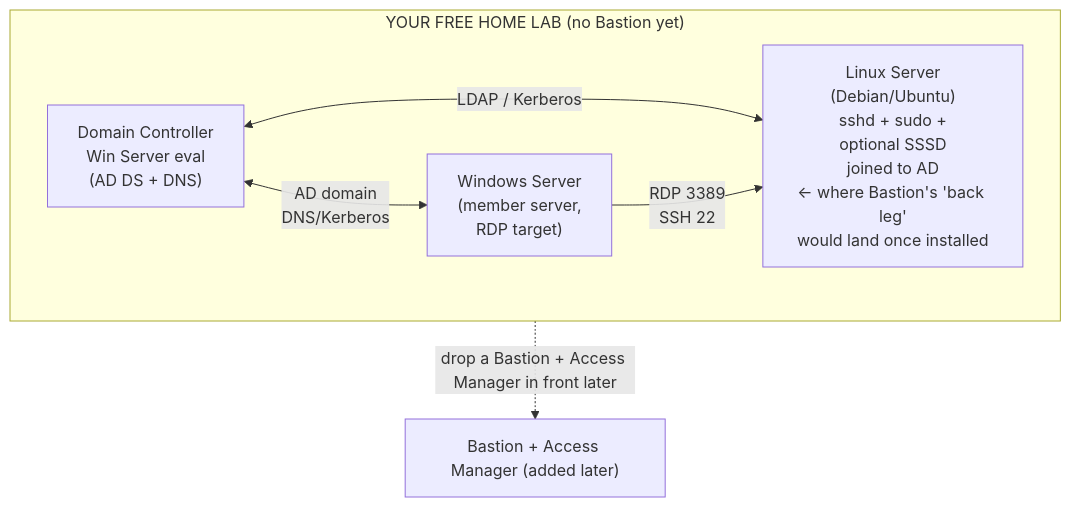
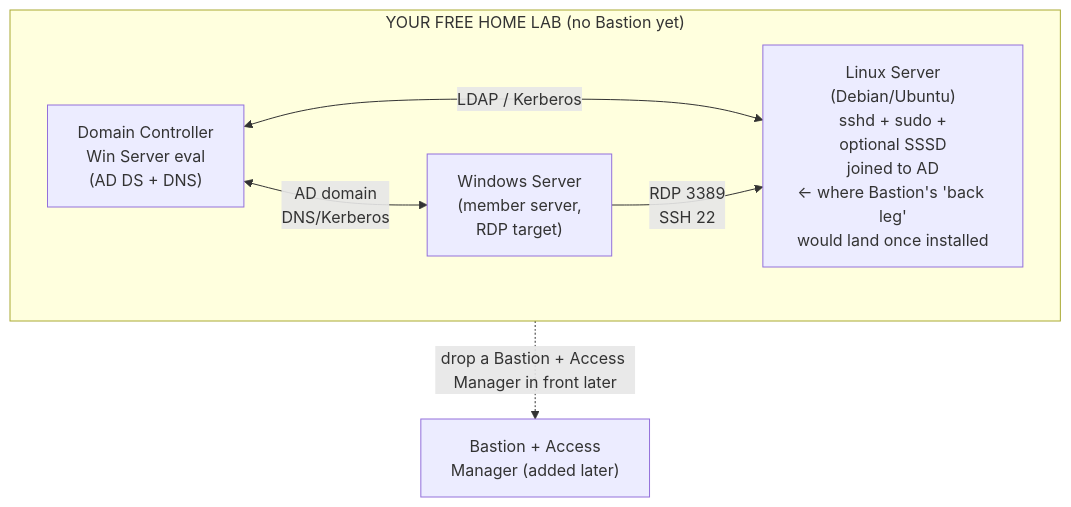
One commit to morandeirachema/WallixCerts changed the second of 2 diagrams in certs/wallix/labs/building-a-home-lab.md. Above: the diagram before and after it, drawn with Mermaid. The commit also changed other lines of this file and 35 other files, not shown here.

First line of the commit message:
Tidy Mermaid boxes: balanced wrapping at a narrower width (36)

````diff
--- a/certs/wallix/labs/building-a-home-lab.md
+++ b/certs/wallix/labs/building-a-home-lab.md
@@ -162,12 +162,12 @@
 ```mermaid
 flowchart TD
     subgraph LAB["YOUR FREE HOME LAB (no Bastion yet)"]
         DC["Domain Controller<br/>Win Server eval<br/>(AD DS + DNS)"]
         WINSRV["Windows Server<br/>(member server,<br/>RDP target)"]
         LINUX["Linux Server<br/>(Debian/Ubuntu)<br/>sshd + sudo +<br/>optional SSSD<br/>joined to AD<br/>← where Bastion's 'back leg'<br/>would land once installed"]
         DC <-->|"AD domain<br/>DNS/Kerberos"| WINSRV
         DC <-->|"LDAP / Kerberos"| LINUX
         WINSRV -->|"RDP 3389<br/>SSH 22"| LINUX
     end
-    LAB -.->|"drop a Bastion + Access Manager in front later"| LATER["Bastion + Access Manager (added later)"]
+    LAB -.->|"drop a Bastion + Access Manager in front later"| LATER["Bastion + Access<br/>Manager (added later)"]
 ```
````
